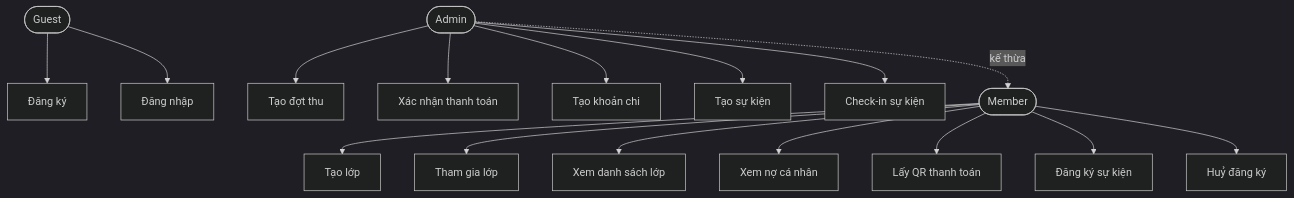
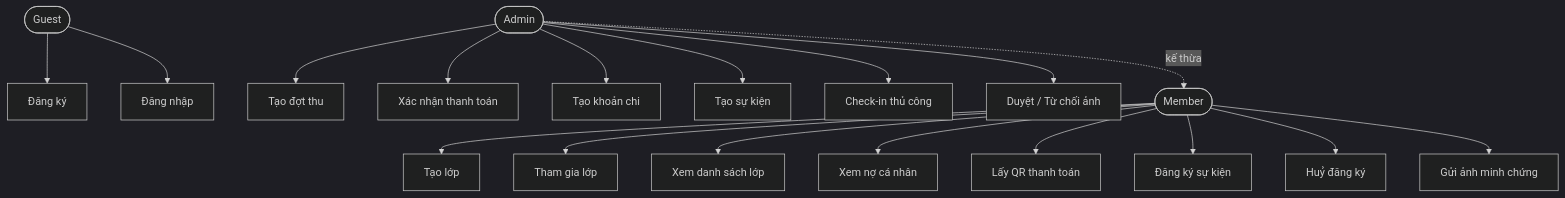
One commit to ndp-ab/classhub-docs changed the diagram in 03-actor-usecase.md. Above: the diagram before and after it, drawn with Mermaid (dark theme). The commit also changed other lines of this file and 12 other files, not shown here.

First line of the commit message:
docs: cap nhat tai lieu phan he Camera Check-in (anh minh chung diem danh)

````diff
--- a/03-actor-usecase.md
+++ b/03-actor-usecase.md
@@ -98,40 +108,44 @@
 ```mermaid
 graph TB
     G([Guest])
     M([Member])
     A([Admin])
 
     UC1[Đăng ký]
     UC2[Đăng nhập]
     UC3[Tạo lớp]
     UC4[Tham gia lớp]
     UC5[Xem danh sách lớp]
     UC6[Xem nợ cá nhân]
     UC7[Lấy QR thanh toán]
     UC8[Đăng ký sự kiện]
     UC9[Huỷ đăng ký]
     UC10[Tạo đợt thu]
     UC11[Xác nhận thanh toán]
     UC12[Tạo khoản chi]
     UC13[Tạo sự kiện]
-    UC14[Check-in sự kiện]
+    UC14[Check-in thủ công]
+    UC15[Gửi ảnh minh chứng]
+    UC16[Duyệt / Từ chối ảnh]
 
     G --> UC1
     G --> UC2
 
     M --> UC3
     M --> UC4
     M --> UC5
     M --> UC6
     M --> UC7
     M --> UC8
     M --> UC9
+    M --> UC15
 
     A --> UC10
     A --> UC11
     A --> UC12
     A --> UC13
     A --> UC14
+    A --> UC16
 
     A -.kế thừa.-> M
 ```
````
